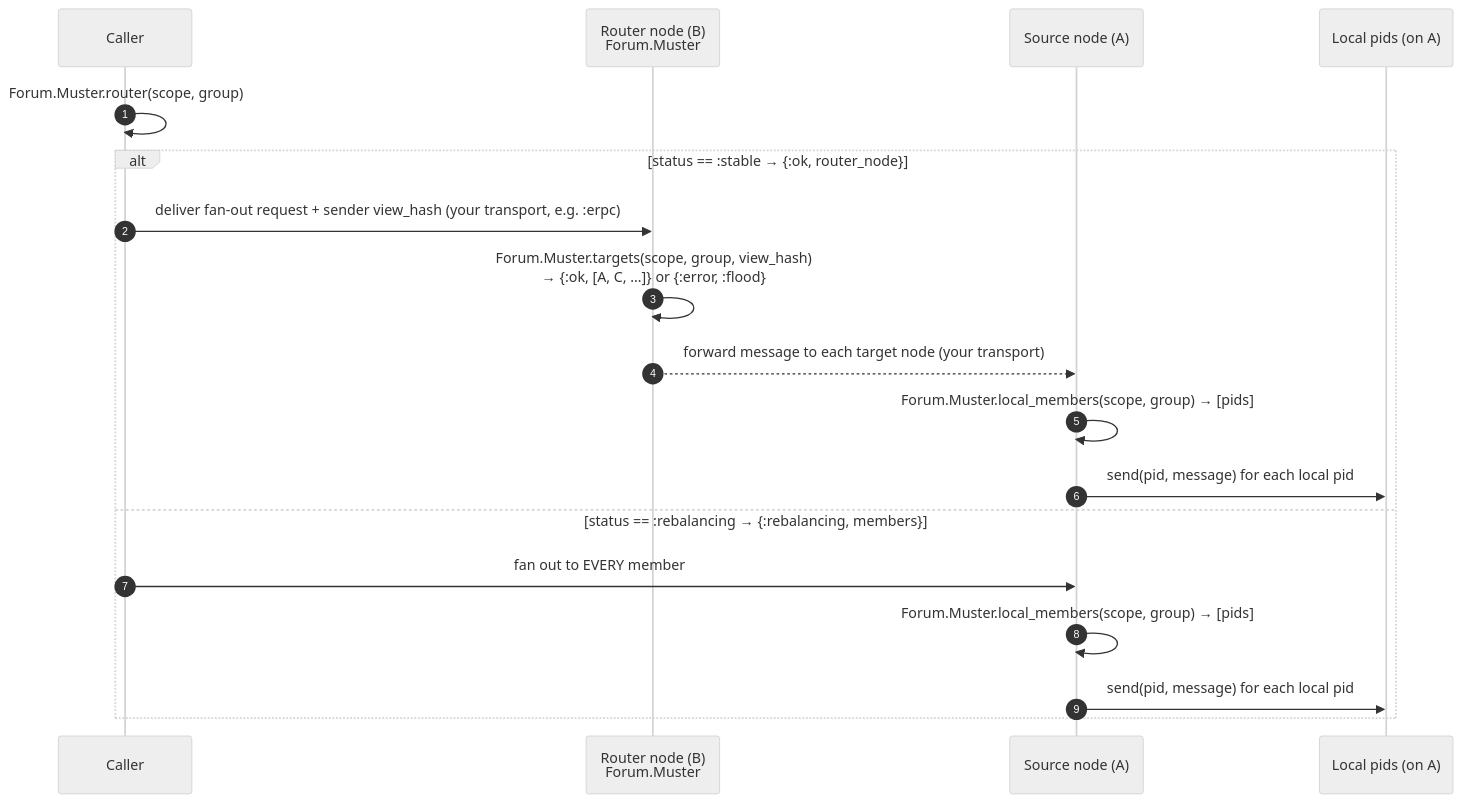
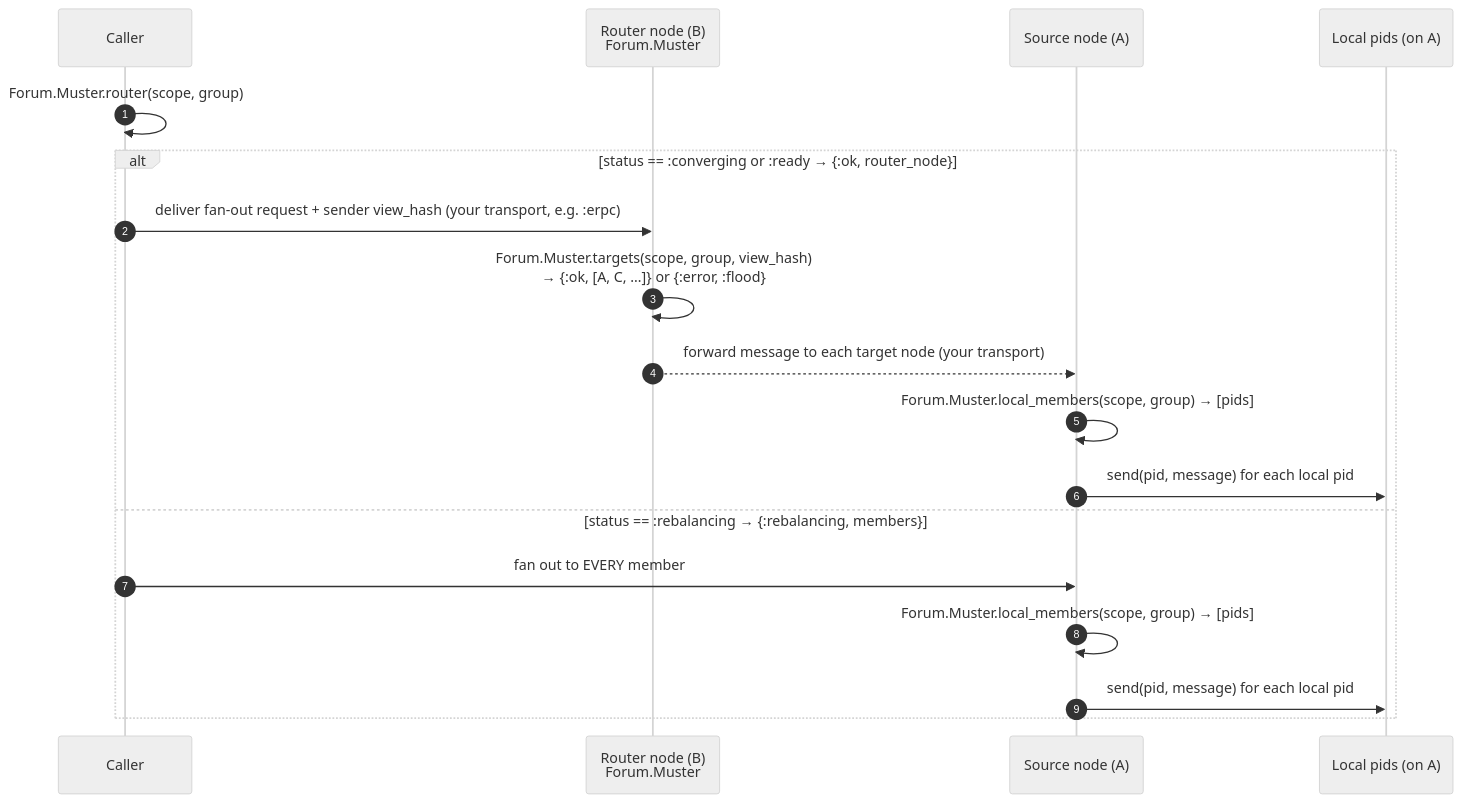
The third of 3 diagrams in forum/docs/muster-broadcast.md (supabase/realtime), drawn with Mermaid (neutral theme) before and after one commit. The commit also changed other lines of this file and 2 other files, not shown here.

````diff
--- a/forum/docs/muster-broadcast.md
+++ b/forum/docs/muster-broadcast.md
@@ -98,22 +99,22 @@
 ```mermaid
 sequenceDiagram
     autonumber
     participant Caller
     participant Router as Router node (B)<br/>Forum.Muster
     participant Src as Source node (A)
     participant Pid as Local pids (on A)
 
     Caller->>Caller: Forum.Muster.router(scope, group)
 
-    alt status == :stable → {:ok, router_node}
+    alt status == :converging or :ready → {:ok, router_node}
         Caller->>Router: deliver fan-out request + sender view_hash (your transport, e.g. :erpc)
         Router->>Router: Forum.Muster.targets(scope, group, view_hash)<br/>→ {:ok, [A, C, …]} or {:error, :flood}
         Router-->>Src: forward message to each target node (your transport)
         Src->>Src: Forum.Muster.local_members(scope, group) → [pids]
         Src->>Pid: send(pid, message) for each local pid
     else status == :rebalancing → {:rebalancing, members}
         Caller->>Src: fan out to EVERY member
         Src->>Src: Forum.Muster.local_members(scope, group) → [pids]
         Src->>Pid: send(pid, message) for each local pid
     end
 ```
````
